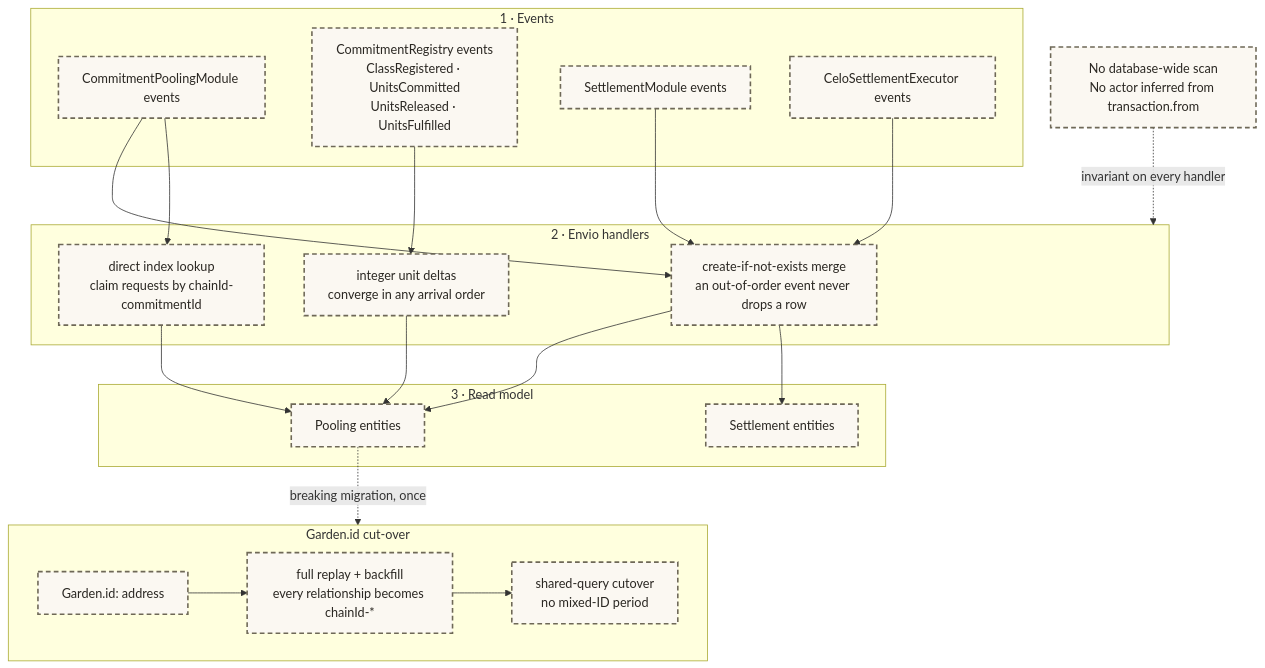
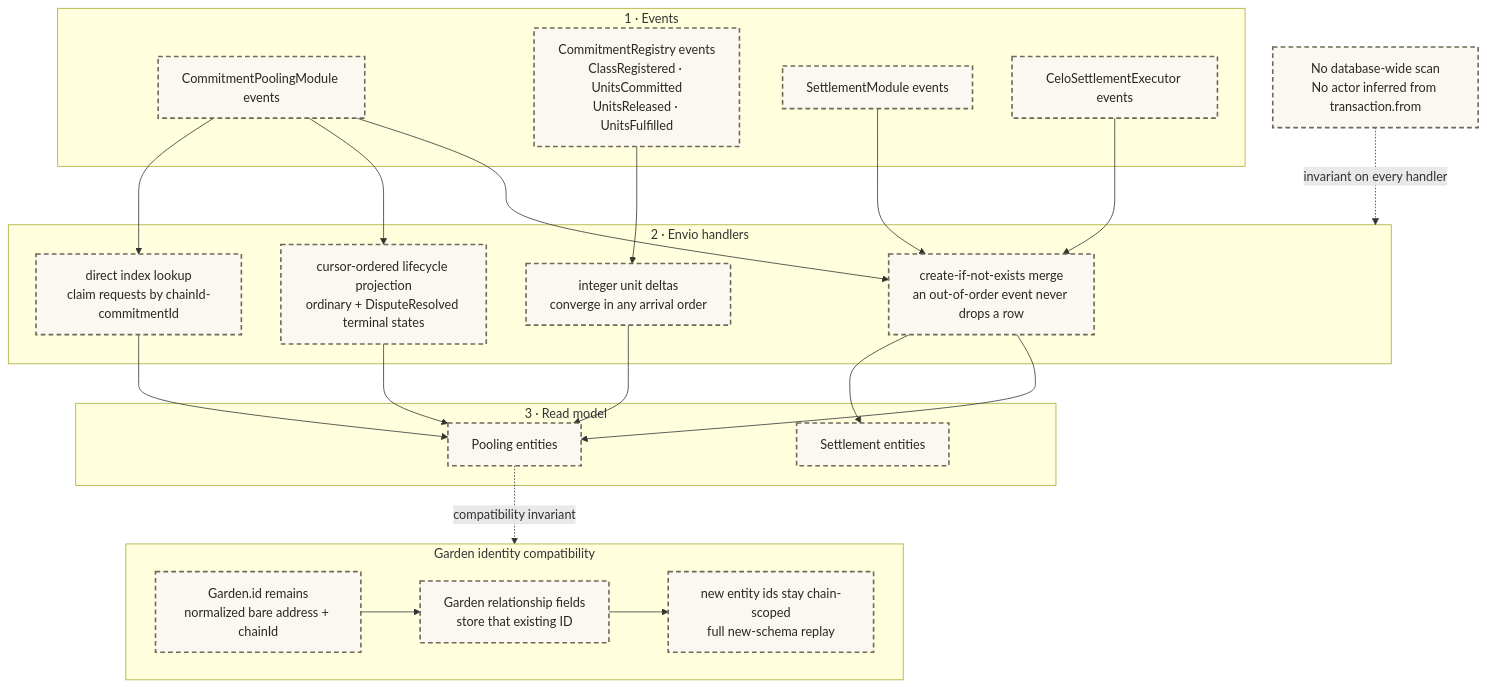
One commit to greenpill-dev-guild/green-goods changed diagram 26 of 38 in .plans/active/commitment-pooling/diagrams.md. Above: the diagram before and after it, drawn with Mermaid. The commit also changed other lines of this file and 8 other files, not shown here.

````diff
--- a/.plans/active/commitment-pooling/diagrams.md
+++ b/.plans/active/commitment-pooling/diagrams.md
@@ -1098,43 +1408,46 @@
 ```mermaid
 flowchart TB
   subgraph SRC["1 · Events"]
     EV1["CommitmentPoolingModule events"]
     EV2["CommitmentRegistry events<br/>ClassRegistered · UnitsCommitted<br/>UnitsReleased · UnitsFulfilled"]
     EV3["SettlementModule events"]
     EV4["CeloSettlementExecutor events"]
   end
 
   subgraph H["2 · Envio handlers"]
     HMERGE["create-if-not-exists merge<br/>an out-of-order event never drops a row"]
     HUNITS["integer unit deltas<br/>converge in any arrival order"]
+    HLIFE["cursor-ordered lifecycle projection<br/>ordinary + DisputeResolved terminal states"]
     HIDX["direct index lookup<br/>claim requests by chainId-commitmentId"]
   end
 
   subgraph OUT["3 · Read model"]
     E1["Pooling entities"]
     E2["Settlement entities"]
   end
 
   NOSCAN["No database-wide scan<br/>No actor inferred from transaction.from"]
 
   EV1 --> HMERGE
+  EV1 --> HLIFE
   EV2 --> HUNITS
   EV3 --> HMERGE
   EV4 --> HMERGE
   EV1 --> HIDX
   HMERGE --> E1
+  HLIFE --> E1
   HUNITS --> E1
   HIDX --> E1
   HMERGE --> E2
   NOSCAN -.->|"invariant on every handler"| H
 
-  subgraph MIG["Garden.id cut-over"]
-    M1["Garden.id: address"] --> M2["full replay + backfill<br/>every relationship becomes chainId-*"]
-    M2 --> M3["shared-query cutover<br/>no mixed-ID period"]
+  subgraph MIG["Garden identity compatibility"]
+    M1["Garden.id remains<br/>normalized bare address + chainId"] --> M2["Garden relationship fields<br/>store that existing ID"]
+    M2 --> M3["new entity ids stay chain-scoped<br/>full new-schema replay"]
   end
-  E1 -.->|"breaking migration, once"| MIG
+  E1 -.->|"compatibility invariant"| MIG
 
   classDef built fill:#edf3e8,stroke:#50784a,stroke-width:2px,color:#2a2722
   classDef planned fill:#fbf8f2,stroke:#6e6857,stroke-width:2px,stroke-dasharray:6 4,color:#2a2722
-  class EV1,EV2,EV3,EV4,HMERGE,HUNITS,HIDX,E1,E2,M1,M2,M3,NOSCAN planned
+  class EV1,EV2,EV3,EV4,HMERGE,HUNITS,HLIFE,HIDX,E1,E2,M1,M2,M3,NOSCAN planned
 ```
````
